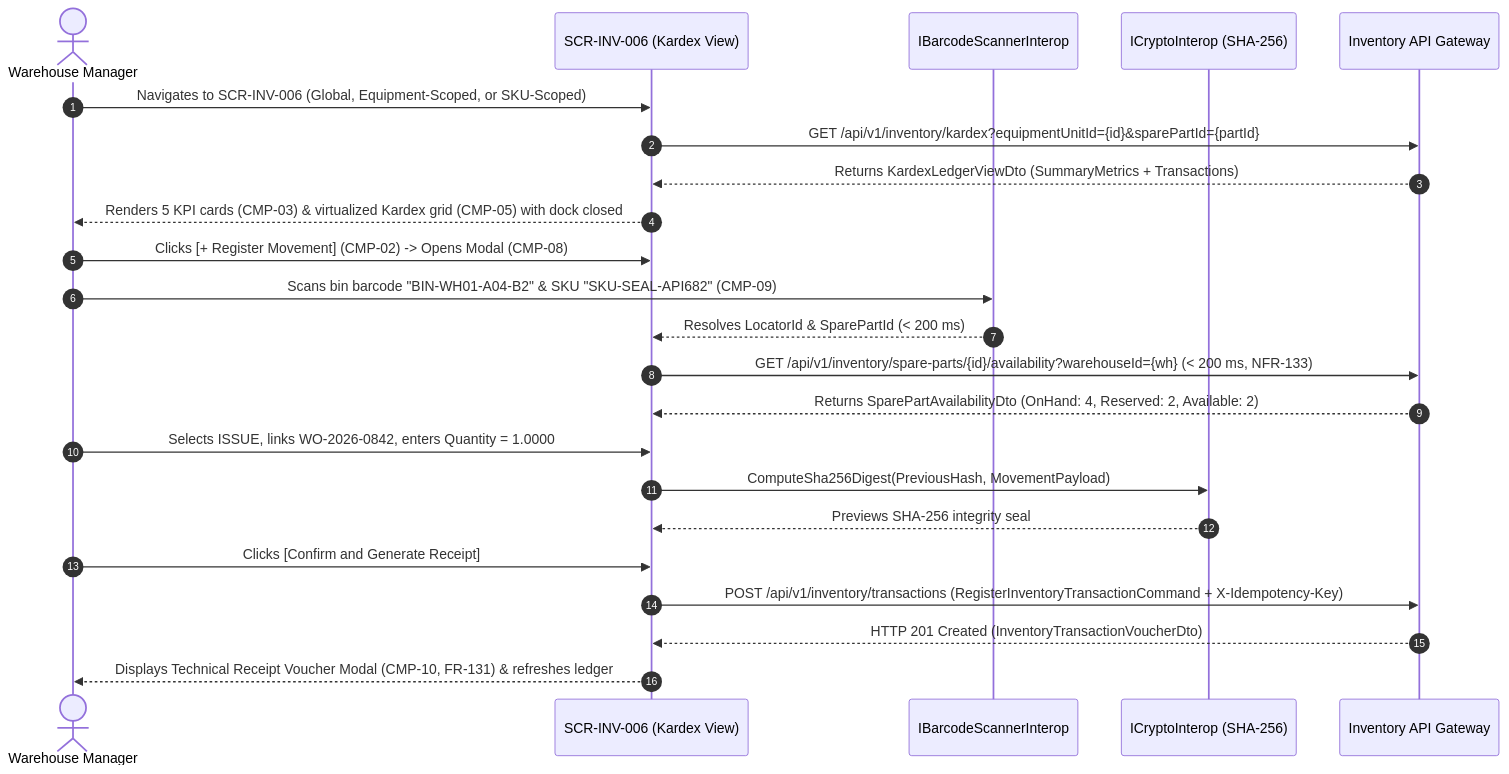
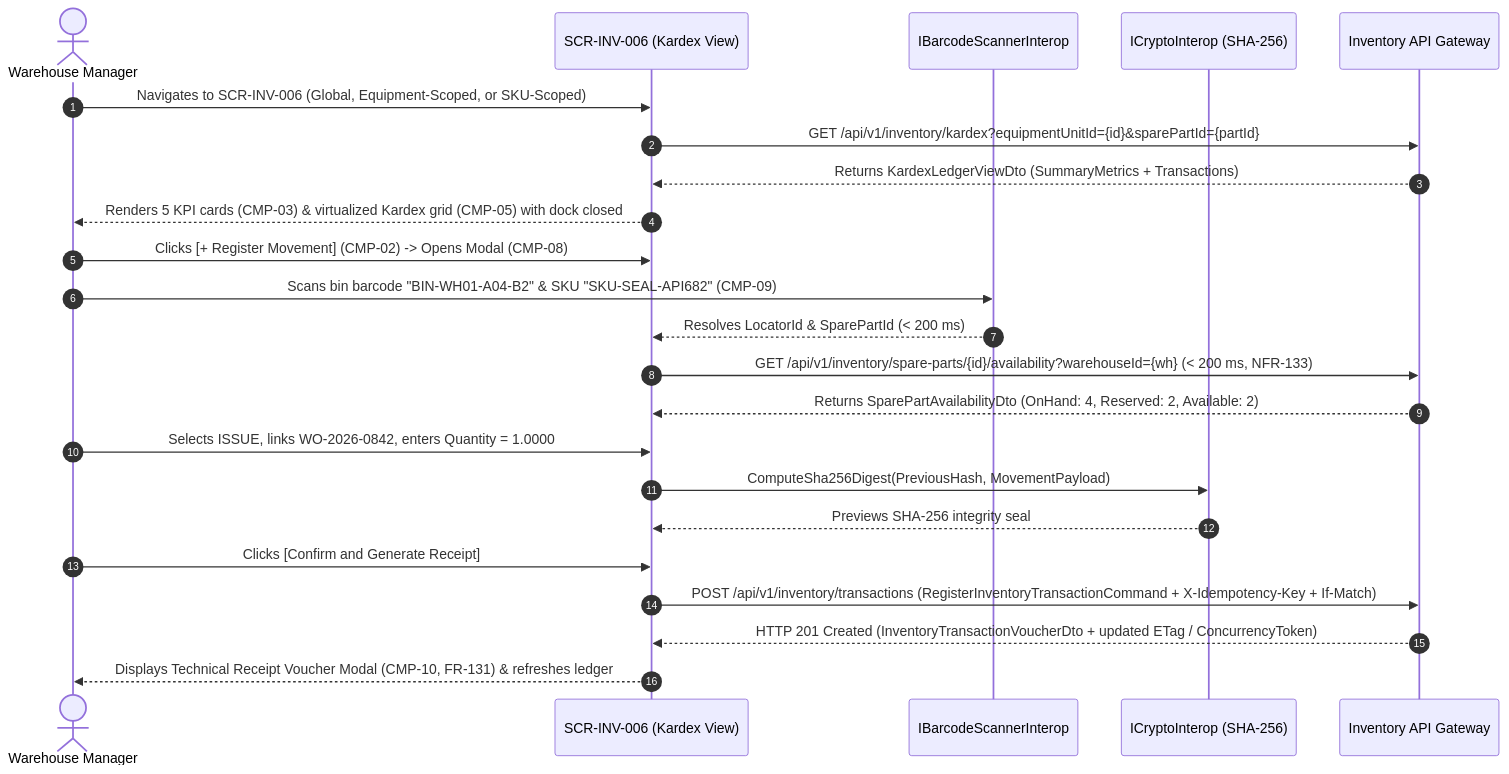
Before and after one commit to Novav20/adso-dteam-docs: the diagram in ui-ux/screens/inv/SCR-INV-006.md, drawn with Mermaid. The commit also changed other lines of this file and 62 other files, not shown here.

Commit message:
docs(audit): close 32/33 pre-code findings (ADR-010, xmin ETag, X-Idempotency-Key, UC-INV-007 in SCR-INV-005, RBAC/tokens/API/SignalR; defer P2-M04)

````diff
--- a/ui-ux/screens/inv/SCR-INV-006.md
+++ b/ui-ux/screens/inv/SCR-INV-006.md
@@ -238,26 +238,26 @@
 ```mermaid
 sequenceDiagram
     autonumber
     actor WM as Warehouse Manager
     participant UI as SCR-INV-006 (Kardex View)
     participant Scanner as IBarcodeScannerInterop
     participant Crypto as ICryptoInterop (SHA-256)
     participant API as Inventory API Gateway
 
     WM->>UI: Navigates to SCR-INV-006 (Global, Equipment-Scoped, or SKU-Scoped)
     UI->>API: GET /api/v1/inventory/kardex?equipmentUnitId={id}&sparePartId={partId}
     API-->>UI: Returns KardexLedgerViewDto (SummaryMetrics + Transactions)
     UI-->>WM: Renders 5 KPI cards (CMP-03) & virtualized Kardex grid (CMP-05) with dock closed
     WM->>UI: Clicks [+ Register Movement] (CMP-02) -> Opens Modal (CMP-08)
     WM->>Scanner: Scans bin barcode "BIN-WH01-A04-B2" & SKU "SKU-SEAL-API682" (CMP-09)
     Scanner-->>UI: Resolves LocatorId & SparePartId (< 200 ms)
     UI->>API: GET /api/v1/inventory/spare-parts/{id}/availability?warehouseId={wh} (< 200 ms, NFR-133)
     API-->>UI: Returns SparePartAvailabilityDto (OnHand: 4, Reserved: 2, Available: 2)
     WM->>UI: Selects ISSUE, links WO-2026-0842, enters Quantity = 1.0000
     UI->>Crypto: ComputeSha256Digest(PreviousHash, MovementPayload)
     Crypto-->>UI: Previews SHA-256 integrity seal
     WM->>UI: Clicks [Confirm and Generate Receipt]
-    UI->>API: POST /api/v1/inventory/transactions (RegisterInventoryTransactionCommand + X-Idempotency-Key)
-    API-->>UI: HTTP 201 Created (InventoryTransactionVoucherDto)
+    UI->>API: POST /api/v1/inventory/transactions (RegisterInventoryTransactionCommand + X-Idempotency-Key + If-Match)
+    API-->>UI: HTTP 201 Created (InventoryTransactionVoucherDto + updated ETag / ConcurrencyToken)
     UI-->>WM: Displays Technical Receipt Voucher Modal (CMP-10, FR-131) & refreshes ledger
 ```
````
